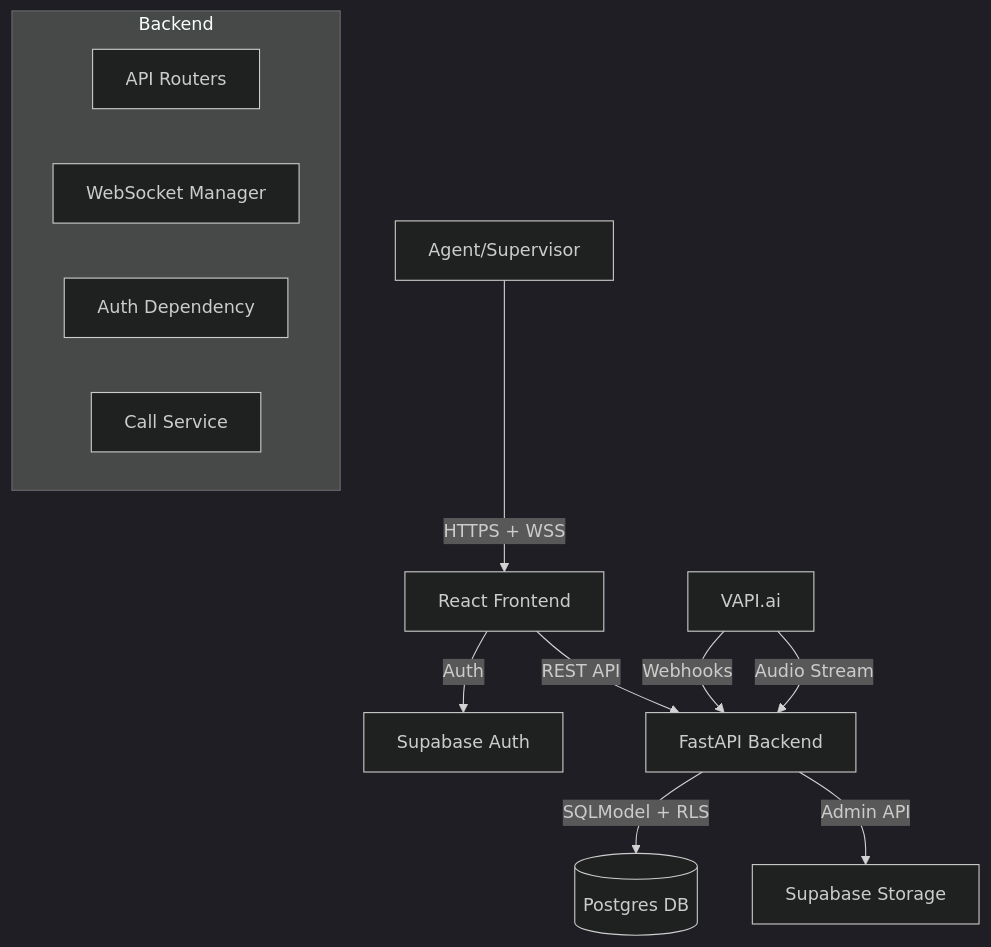
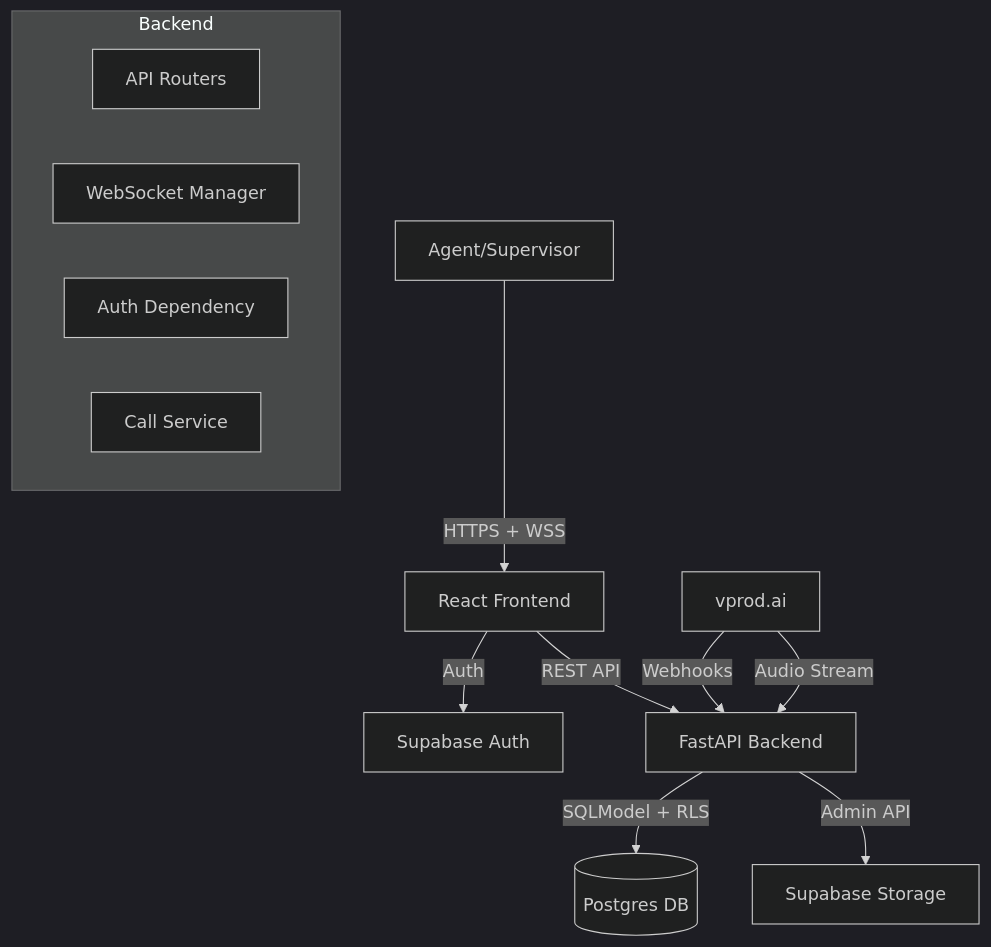
One commit to ronaks2309/fe-inbound-panel changed the first of 9 diagrams in architecture-diagrams.md. Above: the diagram before and after it, drawn with Mermaid (dark theme). The commit also changed other lines of this file and 3 other files, not shown here.

````diff
--- a/architecture-diagrams.md
+++ b/architecture-diagrams.md
@@ -6,19 +6,19 @@
 ```mermaid
 flowchart TD
     User[Agent/Supervisor] -->|HTTPS + WSS| FE[React Frontend]
     FE -->|Auth| Supabase[Supabase Auth]
     FE -->|REST API| BE[FastAPI Backend]
     
     subgraph Backend
         Router[API Routers]
         WS[WebSocket Manager]
         Auth[Auth Dependency]
         Service[Call Service]
     end
     
     BE -->|SQLModel + RLS| DB[(Postgres DB)]
     BE -->|Admin API| Storage[Supabase Storage]
     
-    VAPI[VAPI.ai] -->|Webhooks| BE
-    VAPI -->|Audio Stream| BE
+    vprod[vprod.ai] -->|Webhooks| BE
+    vprod -->|Audio Stream| BE
 ```
````
